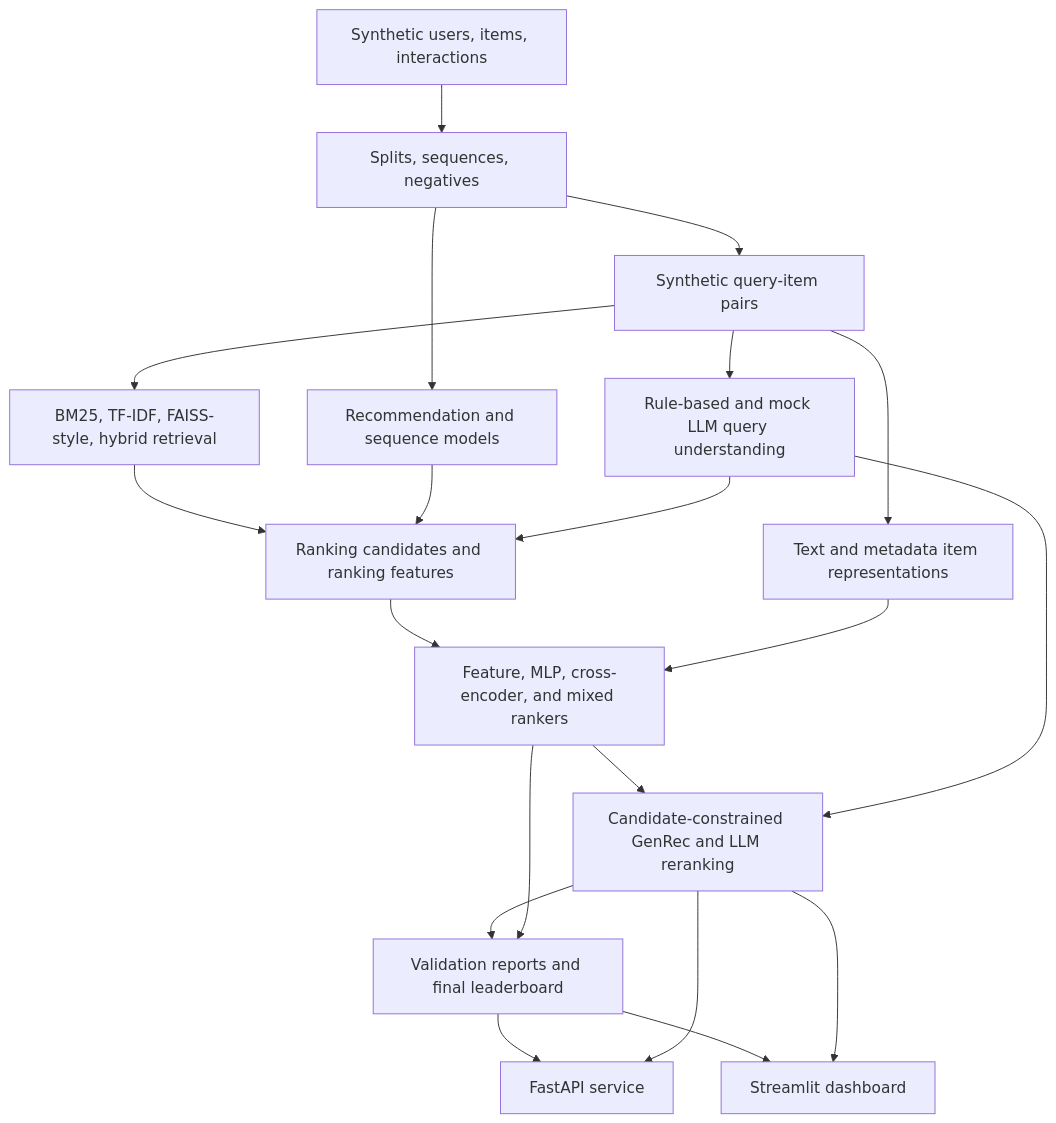
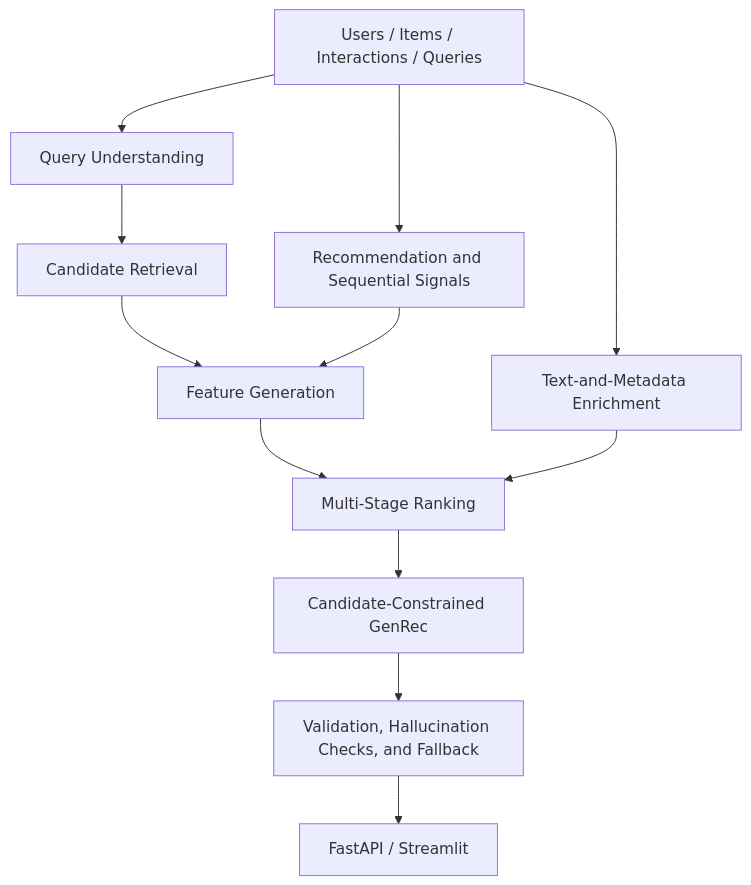
Before and after one commit to ZikunZheng1129/searchrec-llm: the diagram in README.md, drawn with Mermaid. The commit also changed other lines of this file and 25 other files, not shown here.

````diff
--- a/README.md
+++ b/README.md
@@ -35,22 +17,14 @@
 ```mermaid
 flowchart TD
-    A["Synthetic users, items, interactions"] --> B["Splits, sequences, negatives"]
-    B --> C["Synthetic query-item pairs"]
-    C --> D["Rule-based and mock LLM query understanding"]
-    C --> E["BM25, TF-IDF, FAISS-style, hybrid retrieval"]
-    B --> F["Recommendation and sequence models"]
-    E --> G["Ranking candidates and ranking features"]
-    F --> G
-    D --> G
-    G --> H["Feature, MLP, cross-encoder, and mixed rankers"]
-    C --> I["Text and metadata item representations"]
-    I --> H
-    H --> J["Candidate-constrained GenRec and LLM reranking"]
-    D --> J
-    J --> K["Validation reports and final leaderboard"]
-    H --> K
-    K --> L["FastAPI service"]
-    K --> M["Streamlit dashboard"]
-    J --> L
-    J --> M
+    A["Users / Items / Interactions / Queries"] --> B["Query Understanding"]
+    B --> C["Candidate Retrieval"]
+    A --> D["Recommendation and Sequential Signals"]
+    C --> E["Feature Generation"]
+    D --> E
+    E --> F["Multi-Stage Ranking"]
+    A --> G["Text-and-Metadata Enrichment"]
+    G --> F
+    F --> H["Candidate-Constrained GenRec"]
+    H --> I["Validation, Hallucination Checks, and Fallback"]
+    I --> J["FastAPI / Streamlit"]
 ```
````
